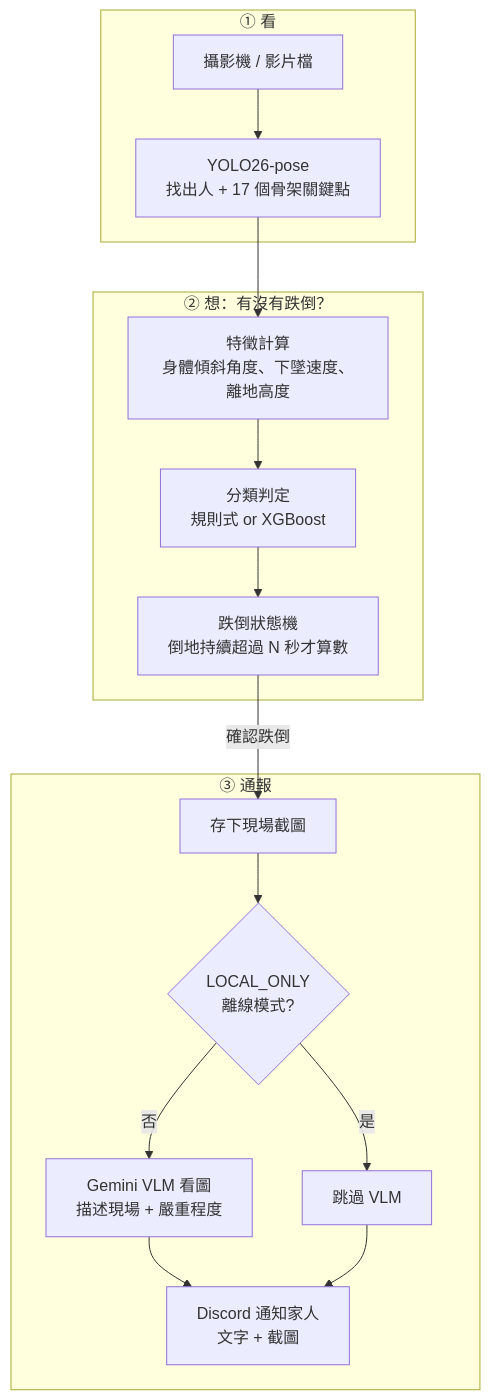
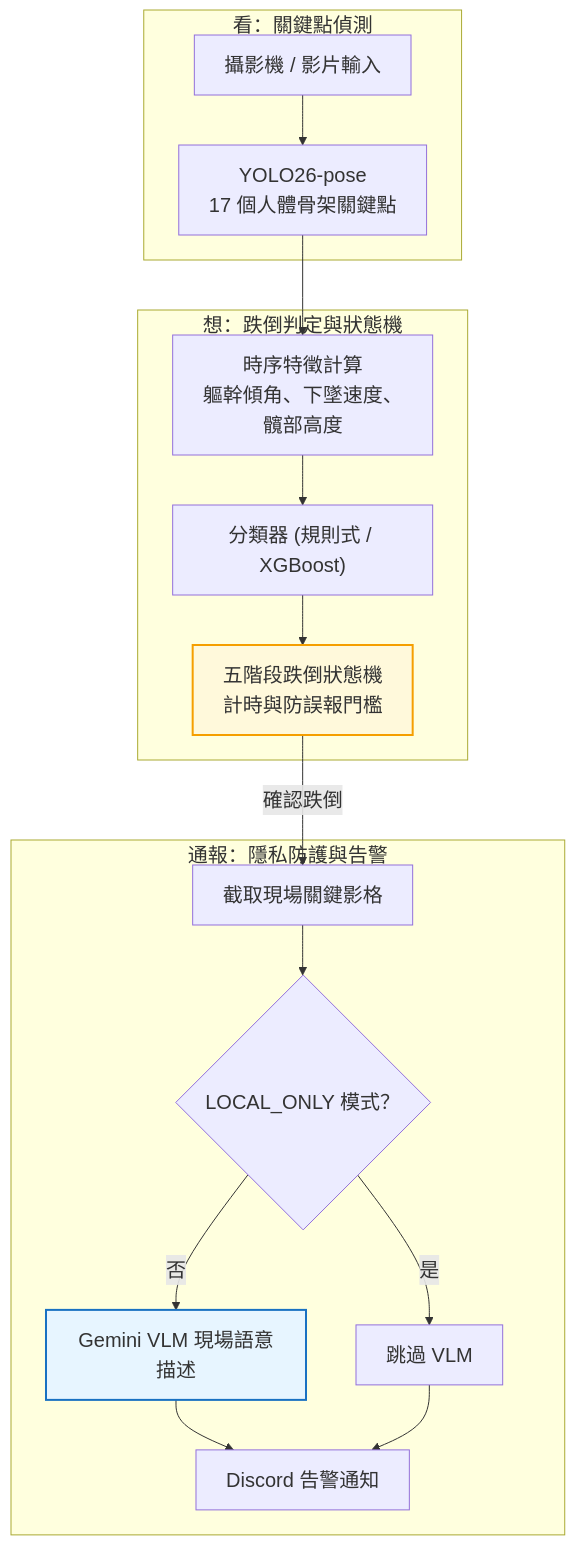
Before and after one commit to kuotunyu/fall-guard-cv: the first of 2 diagrams in README.md, drawn with Mermaid. The commit also changed other lines of this file and 8 other files, not shown here.

Commit message:
docs: overhaul README with clean diagrams, single-language headings, and untrack private files

````diff
--- a/README.md
+++ b/README.md
@@ -20,19 +33,25 @@
 ```mermaid
+%%{init: {'themeVariables': {'fontSize': '20px'}}}%%
 flowchart TD
-    subgraph S1["① 看"]
-        A["攝影機 / 影片檔"] --> B["YOLO26-pose<br/>找出人 + 17 個骨架關鍵點"]
+    subgraph S1["看：關鍵點偵測"]
+        A["攝影機 / 影片輸入"] --> B["YOLO26-pose<br/>17 個人體骨架關鍵點"]
     end
-    subgraph S2["② 想：有沒有跌倒？"]
-        B --> C["特徵計算<br/>身體傾斜角度、下墜速度、離地高度"]
-        C --> D["分類判定<br/>規則式 or XGBoost"]
-        D --> E["跌倒狀態機<br/>倒地持續超過 N 秒才算數"]
+
+    subgraph S2["想：跌倒判定與狀態機"]
+        B --> C["時序特徵計算<br/>軀幹傾角、下墜速度、髖部高度"]
+        C --> D["分類器 (規則式 / XGBoost)"]
+        D --> E["五階段跌倒狀態機<br/>計時與防誤報門檻"]
     end
-    subgraph S3["③ 通報"]
-        E -->|確認跌倒| F["存下現場截圖"]
-        F --> G{"LOCAL_ONLY<br/>離線模式?"}
-        G -->|否| H["Gemini VLM 看圖<br/>描述現場 + 嚴重程度"]
+
+    subgraph S3["通報：隱私防護與告警"]
+        E -->|確認跌倒| F["截取現場關鍵影格"]
+        F --> G{"LOCAL_ONLY 模式？"}
+        G -->|否| H["Gemini VLM 現場語意描述"]
         G -->|是| I["跳過 VLM"]
-        H --> J["Discord 通知家人<br/>文字 + 截圖"]
+        H --> J["Discord 告警通知"]
         I --> J
     end
+
+    style E fill:#fff9db,stroke:#f59f00,stroke-width:2px
+    style H fill:#e7f5ff,stroke:#1971c2,stroke-width:2px
 ```
````
